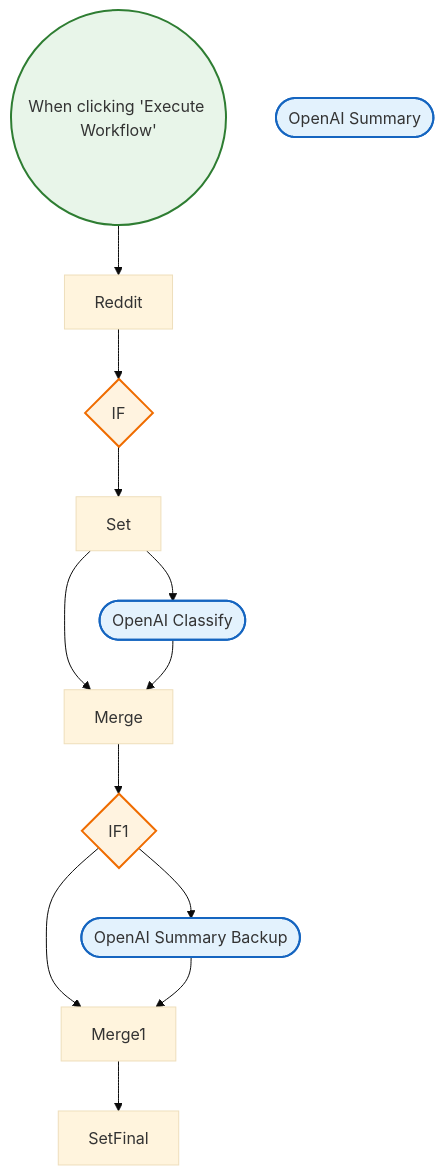
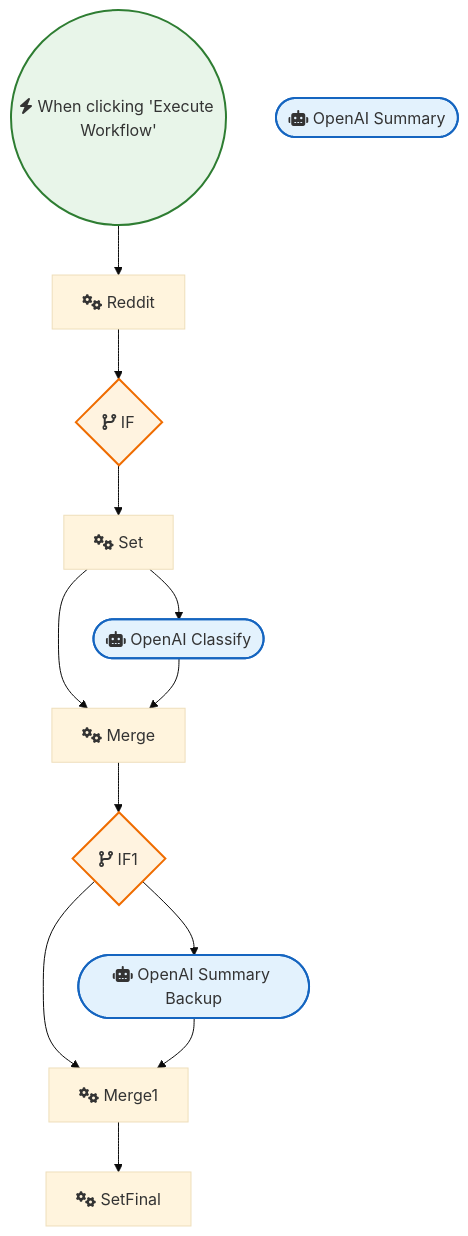
The diagram in Instagram_Twitter_Social_Media/Reddit AI digest.md (sreyash3105/N8N-DEMO-AUTOMATIONS), drawn with Mermaid (base theme) before and after one commit. The commit also changed 291 other files, not shown here.

````diff
--- a/Instagram_Twitter_Social_Media/Reddit AI digest.md
+++ b/Instagram_Twitter_Social_Media/Reddit AI digest.md
@@ -1,30 +1,30 @@
 ```mermaid
 graph TD
     classDef trigger fill:#e8f5e9,stroke:#2e7d32,stroke-width:2px;
     classDef ai fill:#e3f2fd,stroke:#1565c0,stroke-width:2px;
     classDef logic fill:#fff3e0,stroke:#ef6c00,stroke-width:2px;
 
-    When_clicking__Execute_Workflow_(("When clicking 'Execute Workflow'")):::trigger
-    Reddit["Reddit"]
-    Set["Set"]
-    IF{"IF"}:::logic
-    IF1{"IF1"}:::logic
-    Merge["Merge"]
-    Merge1["Merge1"]
-    SetFinal["SetFinal"]
-    OpenAI_Summary(["OpenAI Summary"]):::ai
-    OpenAI_Classify(["OpenAI Classify"]):::ai
-    OpenAI_Summary_Backup(["OpenAI Summary Backup"]):::ai
+    When_clicking__Execute_Workflow_(("fas:fa-bolt When clicking 'Execute Workflow'")):::trigger
+    Reddit["fas:fa-cogs Reddit"]
+    Set["fas:fa-cogs Set"]
+    IF{"fas:fa-code-branch IF"}:::logic
+    IF1{"fas:fa-code-branch IF1"}:::logic
+    Merge["fas:fa-cogs Merge"]
+    Merge1["fas:fa-cogs Merge1"]
+    SetFinal["fas:fa-cogs SetFinal"]
+    OpenAI_Summary(["fas:fa-robot OpenAI Summary"]):::ai
+    OpenAI_Classify(["fas:fa-robot OpenAI Classify"]):::ai
+    OpenAI_Summary_Backup(["fas:fa-robot OpenAI Summary Backup"]):::ai
 
     IF --> Set
     IF1 --> OpenAI_Summary_Backup
     IF1 --> Merge1
     Set --> OpenAI_Classify
     Set --> Merge
     Merge --> IF1
     Merge1 --> SetFinal
     Reddit --> IF
     OpenAI_Classify --> Merge
     OpenAI_Summary_Backup --> Merge1
     When_clicking__Execute_Workflow_ --> Reddit
 ```
````
